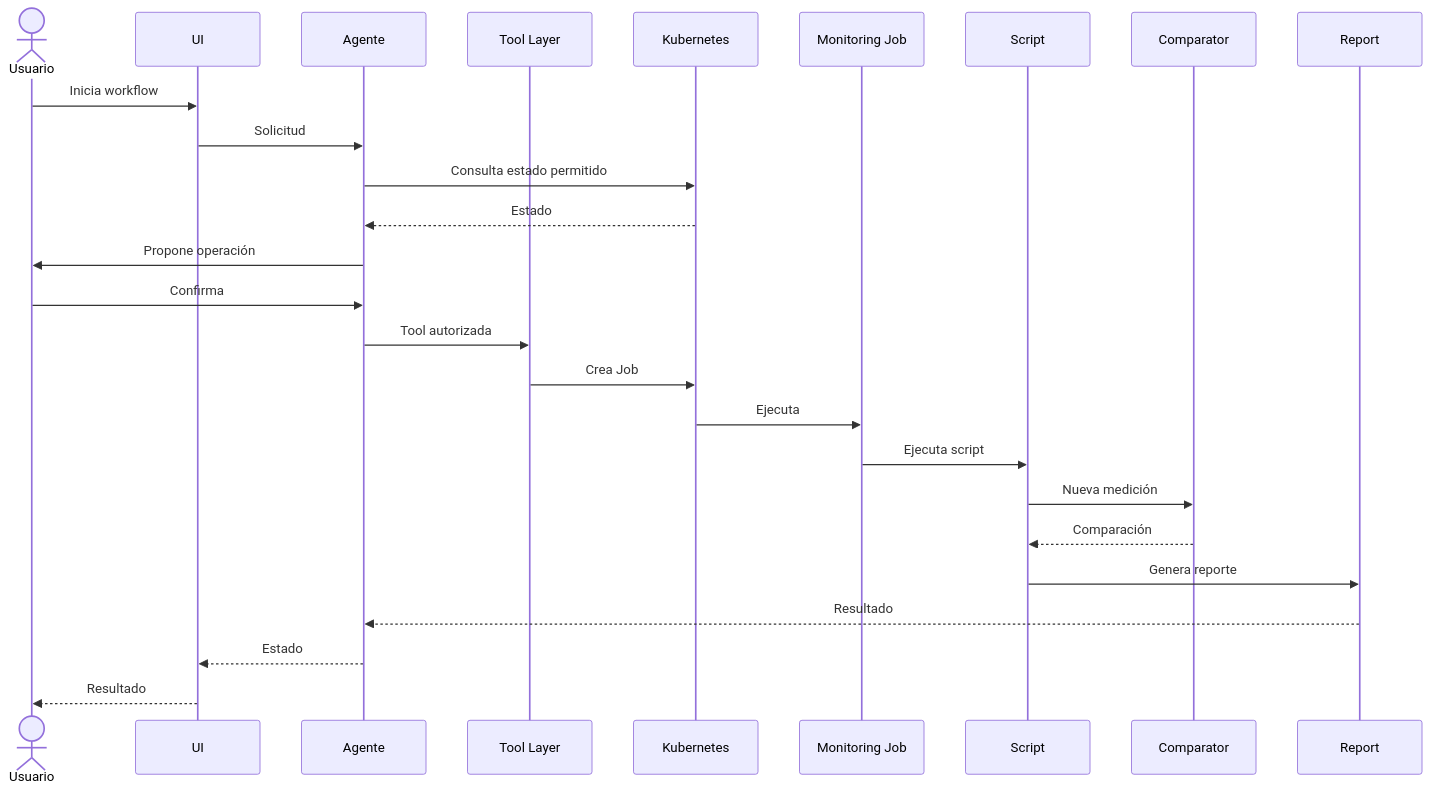
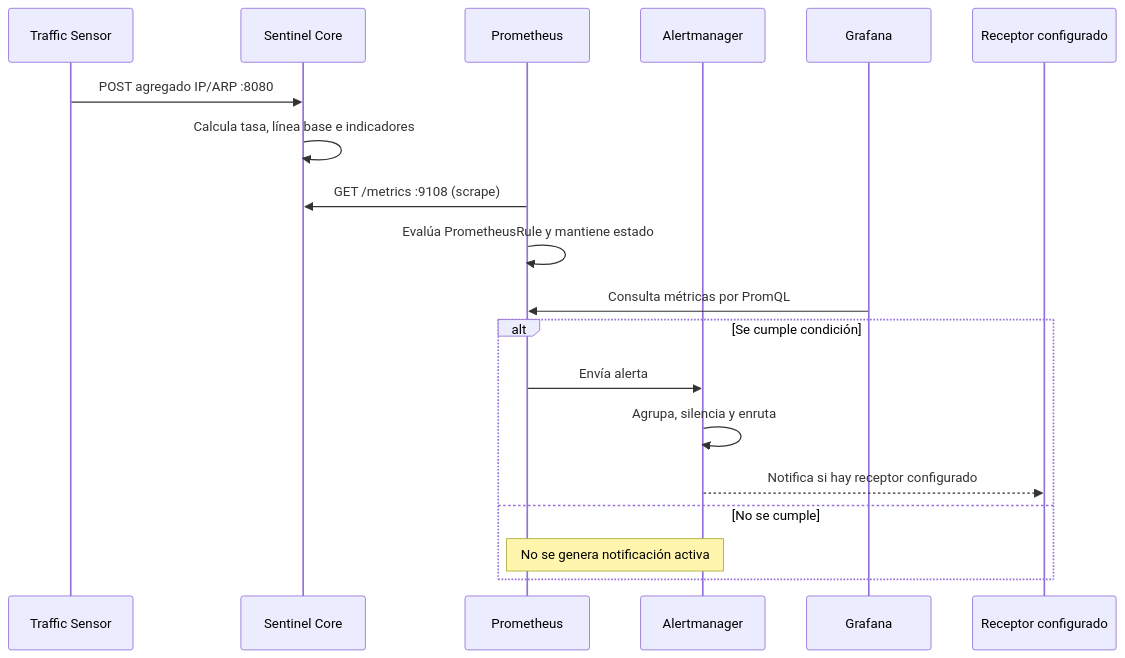
Before and after one commit to JLForU/TAI_Proyecto: the third of 3 diagrams in specs/arquitectura.md, drawn with Mermaid. The commit also changed other lines of this file and 35 other files, not shown here.

````diff
--- a/specs/arquitectura.md
+++ b/specs/arquitectura.md
@@ -942,29 +329,21 @@
 ```mermaid
 sequenceDiagram
-    actor U as Usuario
-    participant UI as UI
-    participant A as Agente
-    participant T as Tool Layer
-    participant K as Kubernetes
-    participant J as Monitoring Job
-    participant S as Script
-    participant C as Comparator
-    participant R as Report
-
-    U->>UI: Inicia workflow
-    UI->>A: Solicitud
-    A->>K: Consulta estado permitido
-    K-->>A: Estado
-    A->>U: Propone operación
-    U->>A: Confirma
-    A->>T: Tool autorizada
-    T->>K: Crea Job
-    K->>J: Ejecuta
-    J->>S: Ejecuta script
-    S->>C: Nueva medición
-    C-->>S: Comparación
-    S->>R: Genera reporte
-    R-->>A: Resultado
-    A-->>UI: Estado
-    UI-->>U: Resultado
+  participant S as Traffic Sensor
+  participant C as Sentinel Core
+  participant P as Prometheus
+  participant A as Alertmanager
+  participant G as Grafana
+  participant N as Receptor configurado
+  S->>C: POST agregado IP/ARP :8080
+  C->>C: Calcula tasa, línea base e indicadores
+  P->>C: GET /metrics :9108 (scrape)
+  P->>P: Evalúa PrometheusRule y mantiene estado
+  G->>P: Consulta métricas por PromQL
+  alt Se cumple condición
+    P->>A: Envía alerta
+    A->>A: Agrupa, silencia y enruta
+    A-->>N: Notifica si hay receptor configurado
+  else No se cumple
+    Note over P,A: No se genera notificación activa
+  end
 ```
````
